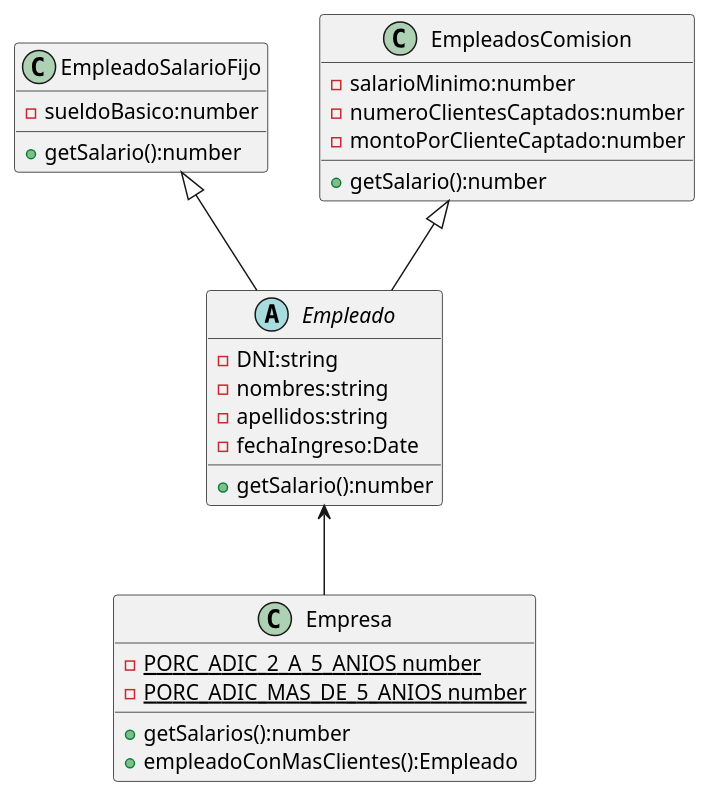
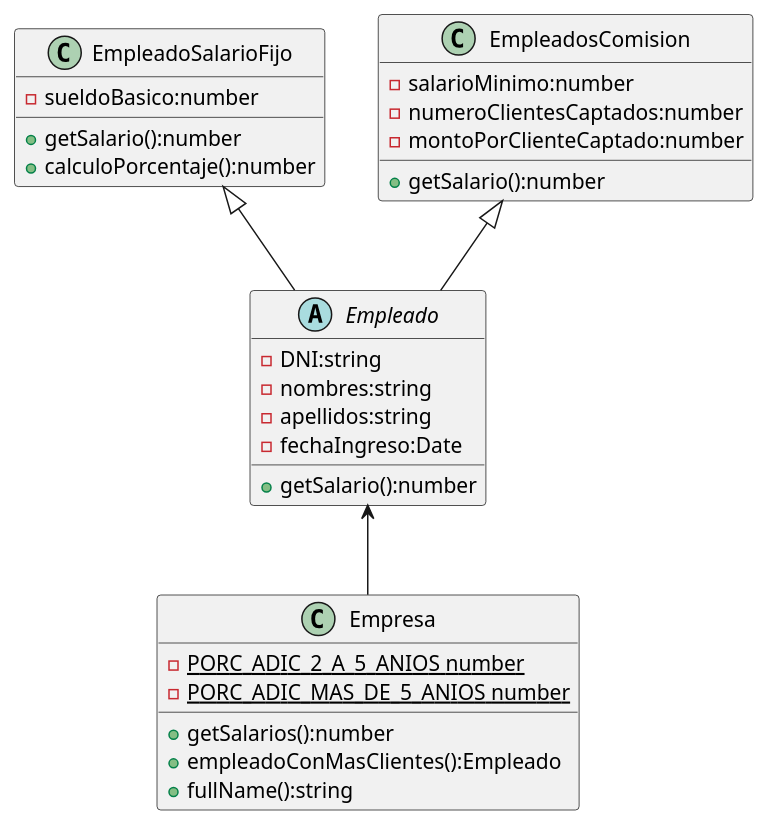
The diagram in PolimorfismoUML/Empleados.puml (wilmansirit/UMLs), drawn with PlantUML before and after one commit. The commit also changed 4 other files, not shown here.

```diff
--- a/PolimorfismoUML/Empleados.puml
+++ b/PolimorfismoUML/Empleados.puml
@@ -1,43 +1,46 @@
 @startuml "Empleados"
 
 class Empresa {
     {static} - PORC_ADIC_2_A_5_ANIOS number
     {static} - PORC_ADIC_MAS_DE_5_ANIOS number
+    
 
     + getSalarios():number
     + empleadoConMasClientes():Empleado
+    + fullName():string
 
 }
 
 abstract class Empleado {
     - DNI:string 
     - nombres:string
     - apellidos:string
     - fechaIngreso:Date 
 
     + getSalario():number
 
 
 }
 
 class EmpleadoSalarioFijo {
     - sueldoBasico:number
 
     + getSalario():number
+    + calculoPorcentaje():number
     
 }
 
 class EmpleadosComision {
     - salarioMinimo:number
     - numeroClientesCaptados:number
     - montoPorClienteCaptado:number
 
     + getSalario():number
 }
 
 Empleado <-- Empresa
 EmpleadoSalarioFijo <|-- Empleado
 EmpleadosComision <|-- Empleado
 
 
 @enduml
```
